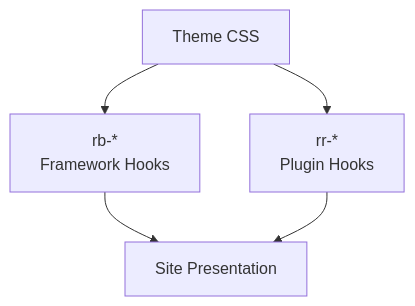
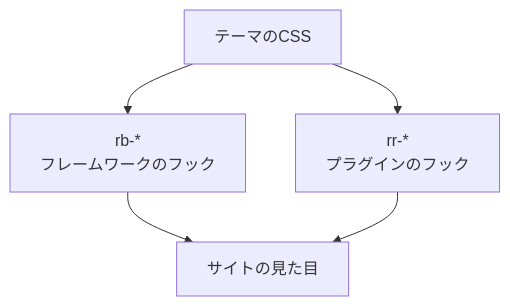
Before and after one commit to Rerurate514/riebeckite: the sixth of 10 diagrams in docs/docs/reference/theme-api.ja.md, drawn with Mermaid. The commit also changed other lines of this file and 310 other files, not shown here.

````diff
--- a/docs/docs/reference/theme-api.ja.md
+++ b/docs/docs/reference/theme-api.ja.md
@@ -720,10 +645,10 @@
 ```mermaid id="k4vqej"
 flowchart TD
-    Theme["Theme CSS"]
+    Theme["テーマのCSS"]
 
-    Theme --> Framework["rb-*<br/>Framework Hooks"]
-    Theme --> Plugin["rr-*<br/>Plugin Hooks"]
+    Theme --> Framework["rb-*<br/>フレームワークのフック"]
+    Theme --> Plugin["rr-*<br/>プラグインのフック"]
 
-    Framework --> Site["Site Presentation"]
+    Framework --> Site["サイトの見た目"]
     Plugin --> Site
 ```
````
